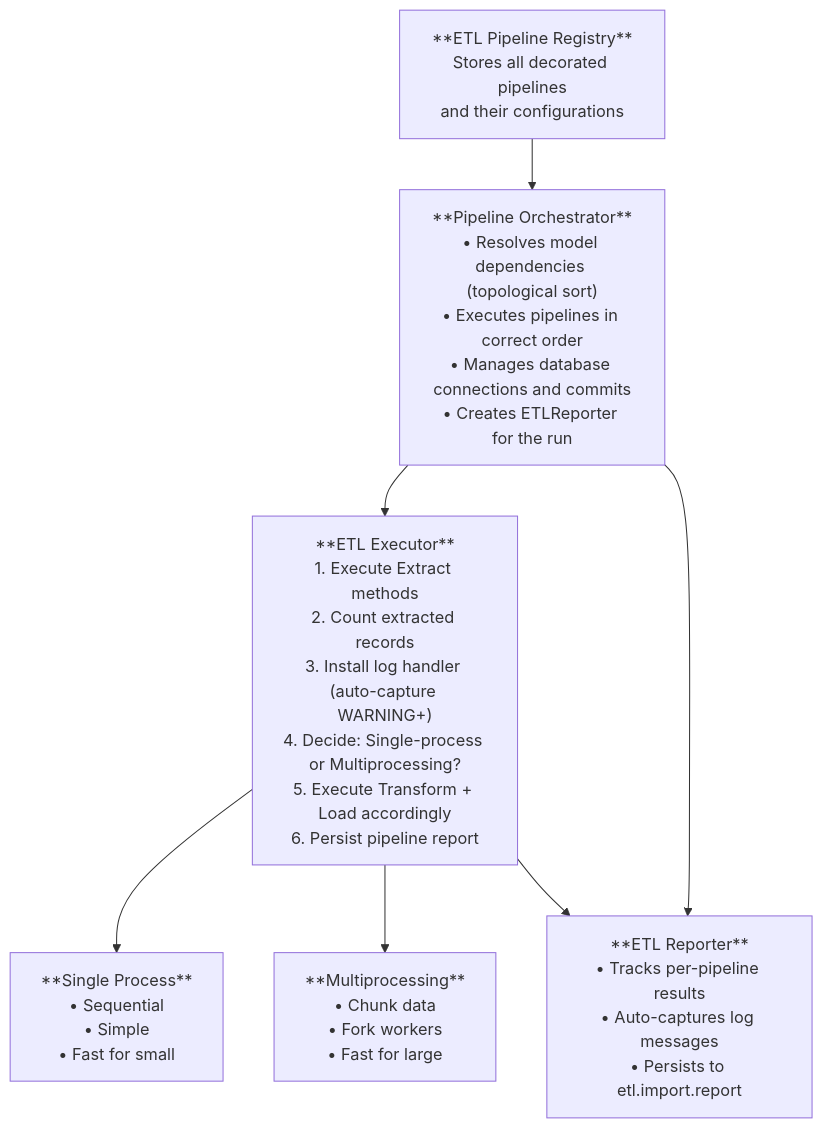
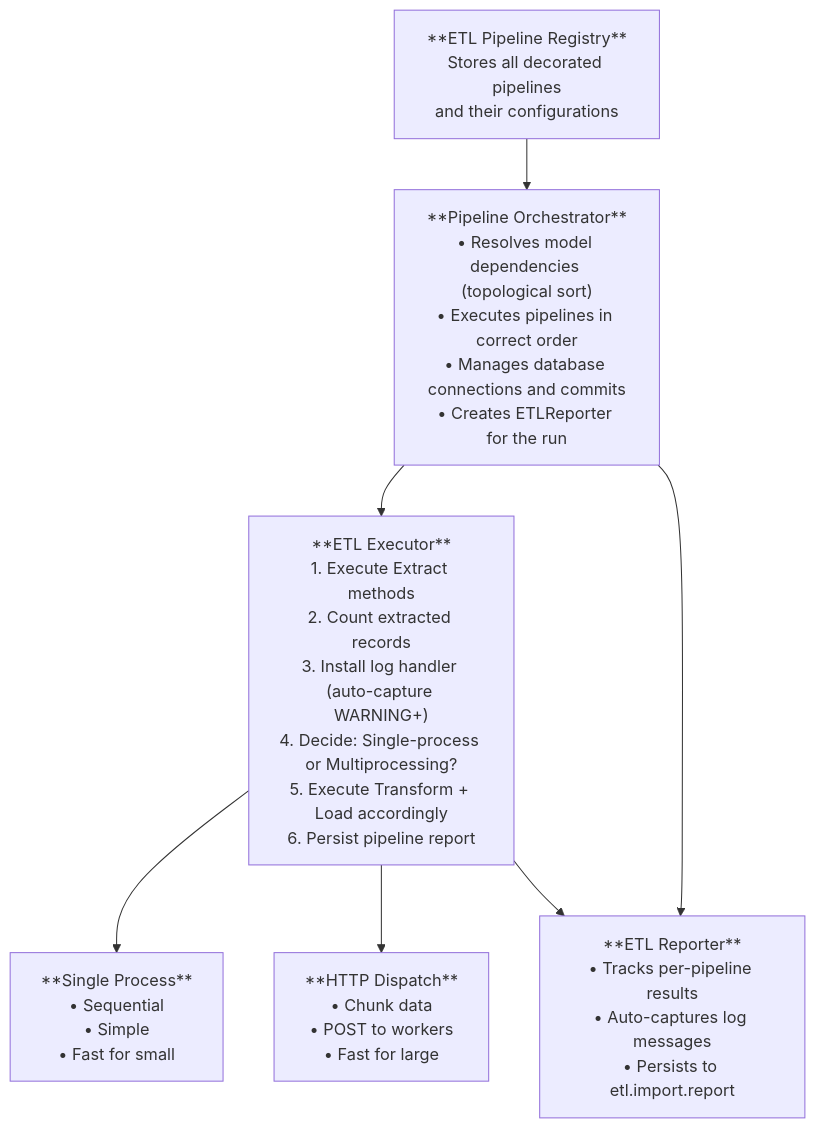
The diagram in etl_framework/README.md (bemade/bemade-tools), drawn with Mermaid before and after one commit. The commit also changed other lines of this file and 6 other files, not shown here.

First line of the commit message:
etl_framework v3.0: HTTP worker dispatch with pickle serialization

````diff
--- a/etl_framework/README.md
+++ b/etl_framework/README.md
@@ -70,15 +70,15 @@
 ```mermaid
 graph TD
     A["**ETL Pipeline Registry**<br/>Stores all decorated pipelines<br/>and their configurations"]
     B["**Pipeline Orchestrator**<br/>• Resolves model dependencies (topological sort)<br/>• Executes pipelines in correct order<br/>• Manages database connections and commits<br/>• Creates ETLReporter for the run"]
     C["**ETL Executor**<br/>1. Execute Extract methods<br/>2. Count extracted records<br/>3. Install log handler (auto-capture WARNING+)<br/>4. Decide: Single-process or Multiprocessing?<br/>5. Execute Transform + Load accordingly<br/>6. Persist pipeline report"]
     D["**Single Process**<br/>• Sequential<br/>• Simple<br/>• Fast for small"]
-    E["**Multiprocessing**<br/>• Chunk data<br/>• Fork workers<br/>• Fast for large"]
+    E["**HTTP Dispatch**<br/>• Chunk data<br/>• POST to workers<br/>• Fast for large"]
     F["**ETL Reporter**<br/>• Tracks per-pipeline results<br/>• Auto-captures log messages<br/>• Persists to etl.import.report"]
 
     A --> B --> C
     C --> D
     C --> E
     B --> F
     C --> F
 ```
````
